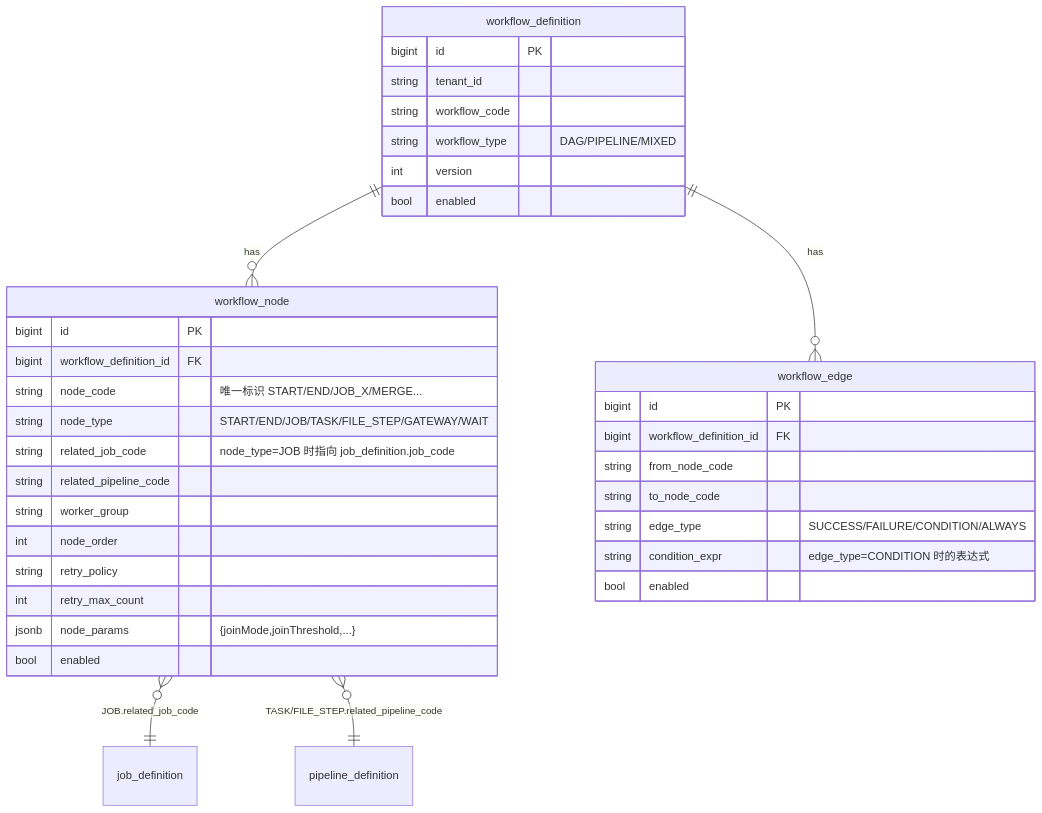
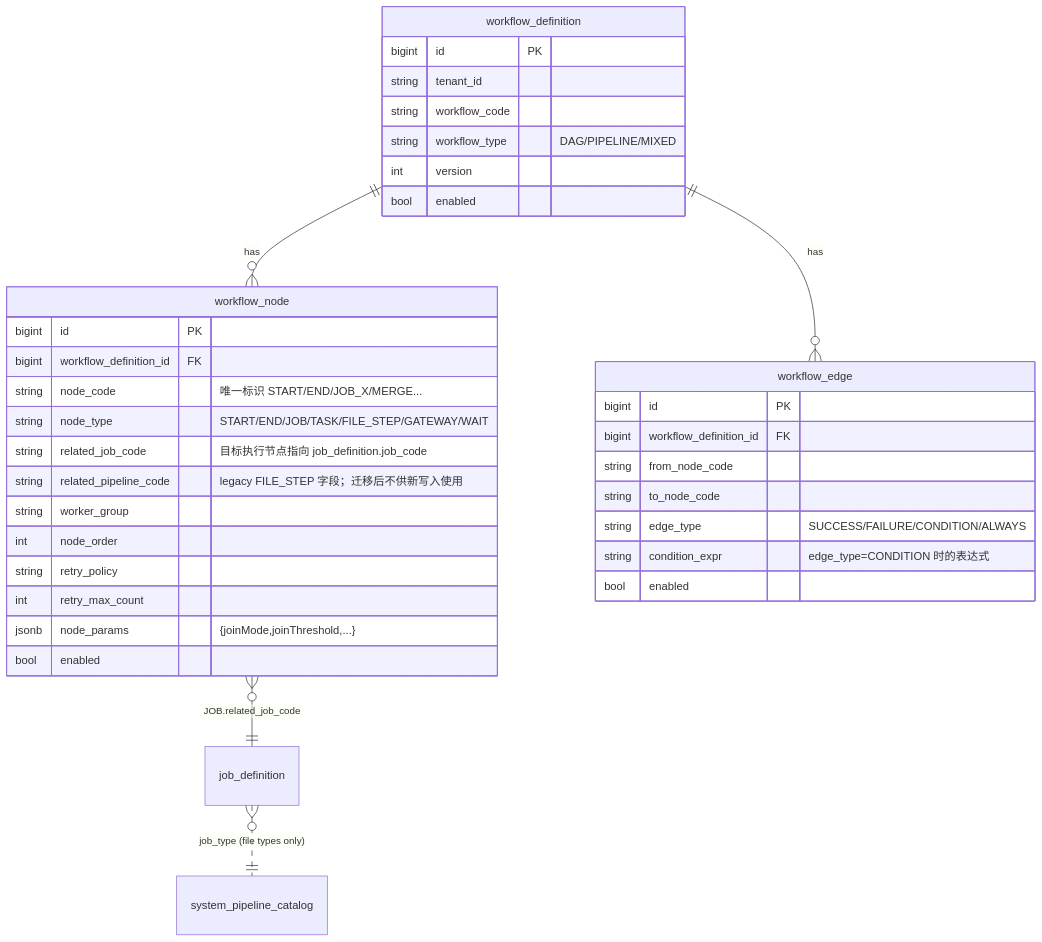
The second of 6 diagrams in docs/architecture/workflow-dependency-guide.md (pinpols/file-batch-system), drawn with Mermaid before and after one commit. The commit also changed other lines of this file and 2194 other files, not shown here.

Commit message:
index on feature/workflow-daily-integration: ee01e9751 fix(sim): align tenant pipeline stage fixtures (#1264)

````diff
--- a/docs/architecture/workflow-dependency-guide.md
+++ b/docs/architecture/workflow-dependency-guide.md
@@ -47,39 +49,39 @@
 ```mermaid
 erDiagram
   workflow_definition ||--o{ workflow_node : has
   workflow_definition ||--o{ workflow_edge : has
   workflow_node }o--|| job_definition : "JOB.related_job_code"
-  workflow_node }o--|| pipeline_definition : "TASK/FILE_STEP.related_pipeline_code"
+  job_definition }o..|| system_pipeline_catalog : "job_type (file types only)"
 
   workflow_definition {
     bigint id PK
     string tenant_id
     string workflow_code
     string workflow_type "DAG/PIPELINE/MIXED"
     int    version
     bool   enabled
   }
   workflow_node {
     bigint id PK
     bigint workflow_definition_id FK
     string node_code "唯一标识 START/END/JOB_X/MERGE..."
     string node_type "START/END/JOB/TASK/FILE_STEP/GATEWAY/WAIT"
-    string related_job_code "node_type=JOB 时指向 job_definition.job_code"
-    string related_pipeline_code
+    string related_job_code "目标执行节点指向 job_definition.job_code"
+    string related_pipeline_code "legacy FILE_STEP 字段；迁移后不供新写入使用"
     string worker_group
     int    node_order
     string retry_policy
     int    retry_max_count
     jsonb  node_params "{joinMode,joinThreshold,...}"
     bool   enabled
   }
   workflow_edge {
     bigint id PK
     bigint workflow_definition_id FK
     string from_node_code
     string to_node_code
     string edge_type "SUCCESS/FAILURE/CONDITION/ALWAYS"
     string condition_expr "edge_type=CONDITION 时的表达式"
     bool   enabled
   }
 ```
````
